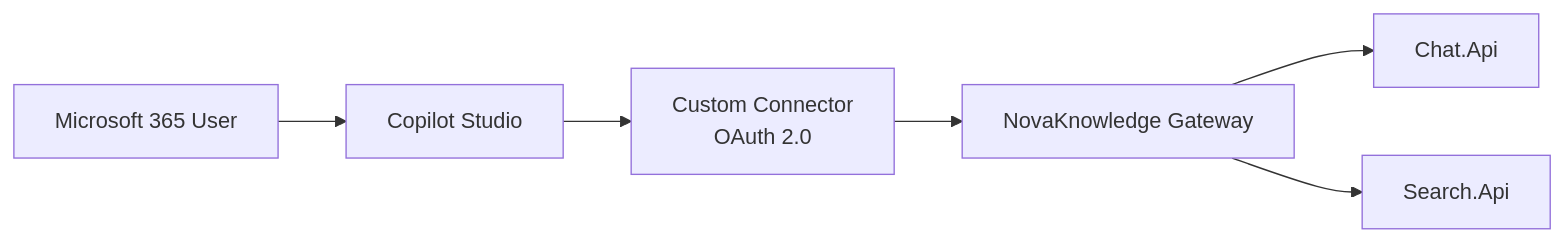
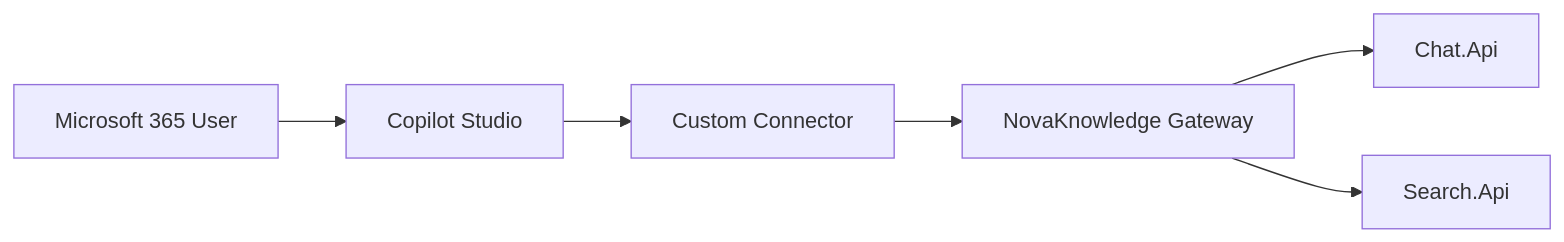
Before and after one commit to koznak/NovaKnowledge-v3: the ninth of 9 diagrams in docs/architecture/architecture-diagram.md, drawn with Mermaid. The commit also changed other lines of this file and 11 other files, not shown here.

````diff
--- a/docs/architecture/architecture-diagram.md
+++ b/docs/architecture/architecture-diagram.md
@@ -322,8 +322,8 @@
 ```mermaid
 flowchart LR
     M365["Microsoft 365 User"] --> CS["Copilot Studio"]
-    CS --> Connector["Custom Connector\nOAuth 2.0"]
+    CS --> Connector["Custom Connector"]
     Connector --> GW["NovaKnowledge Gateway"]
     GW --> Chat["Chat.Api"]
     GW --> Search["Search.Api"]
 ```
````
